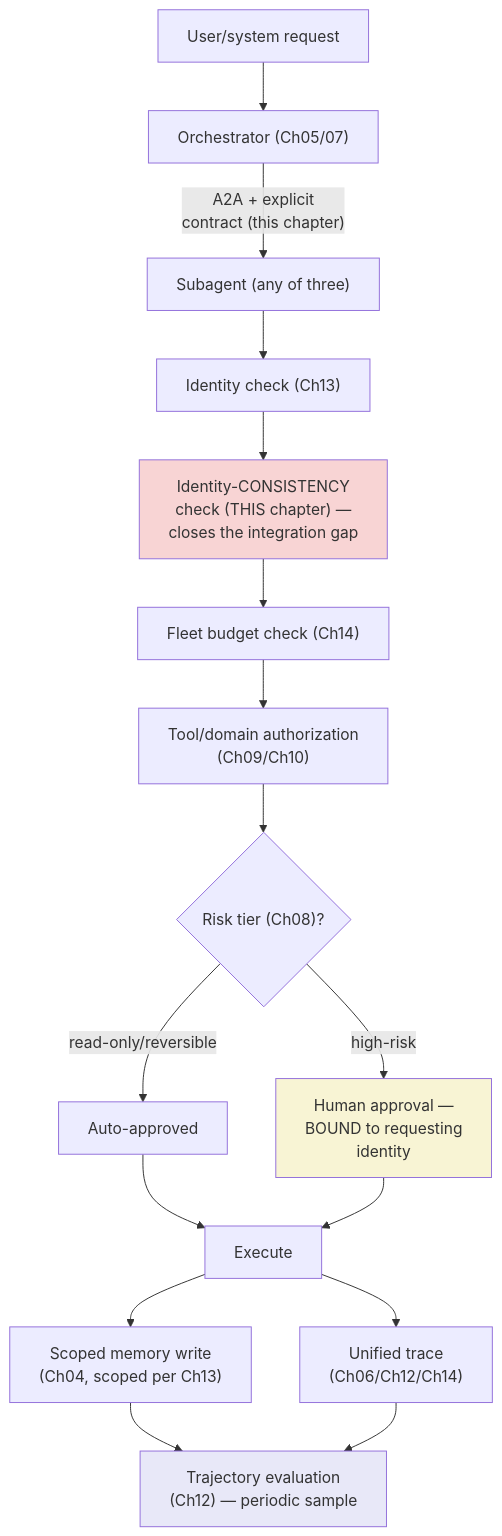
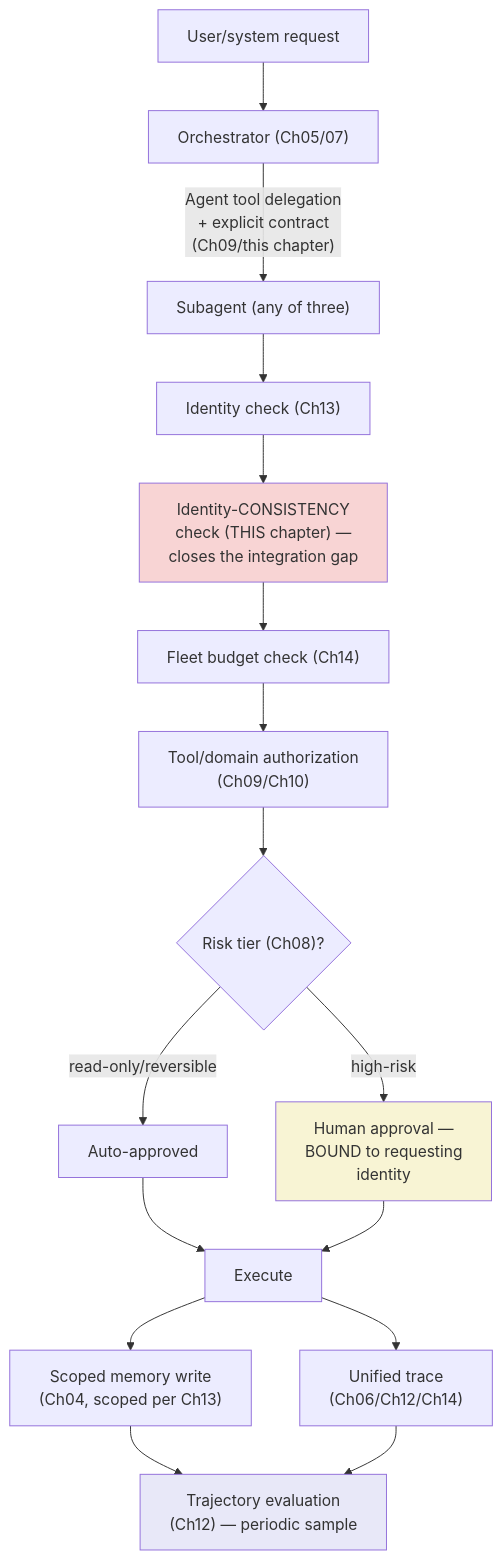
One commit to Bschouha19/AI-Agent-Engineering changed the fourth of 5 diagrams in chapters/chapter-15-capstone.md. Above: the diagram before and after it, drawn with Mermaid. The commit also changed other lines of this file and 10 other files, not shown here.

````diff
--- a/chapters/chapter-15-capstone.md
+++ b/chapters/chapter-15-capstone.md
@@ -428,26 +443,26 @@
 ```mermaid
 flowchart TB
     Request["User/system request"] --> Orch["Orchestrator (Ch05/07)"]
-    Orch -->|"A2A + explicit\ncontract (this chapter)"| Sub["Subagent (any of three)"]
+    Orch -->|"Agent tool delegation\n+ explicit contract\n(Ch09/this chapter)"| Sub["Subagent (any of three)"]
 
     Sub --> IdCheck["Identity check (Ch13)"]
     IdCheck --> ConsistCheck["Identity-CONSISTENCY\ncheck (THIS chapter) —\ncloses the integration gap"]
     ConsistCheck --> BudgetCheck["Fleet budget check (Ch14)"]
     BudgetCheck --> ToolAuth["Tool/domain authorization\n(Ch09/Ch10)"]
 
     ToolAuth --> Risk{"Risk tier (Ch08)?"}
     Risk -->|"read-only/reversible"| Auto["Auto-approved"]
     Risk -->|"high-risk"| Human["Human approval —\nBOUND to requesting\nidentity"]
 
     Auto --> Execute["Execute"]
     Human --> Execute
 
     Execute --> Memory["Scoped memory write\n(Ch04, scoped per Ch13)"]
     Execute --> Trace["Unified trace\n(Ch06/Ch12/Ch14)"]
 
     Memory & Trace --> Eval["Trajectory evaluation\n(Ch12) — periodic sample"]
 
     style ConsistCheck fill:#f8d4d4
     style Human fill:#f8f4d4
     style Eval fill:#e8e8f8
 ```
````
